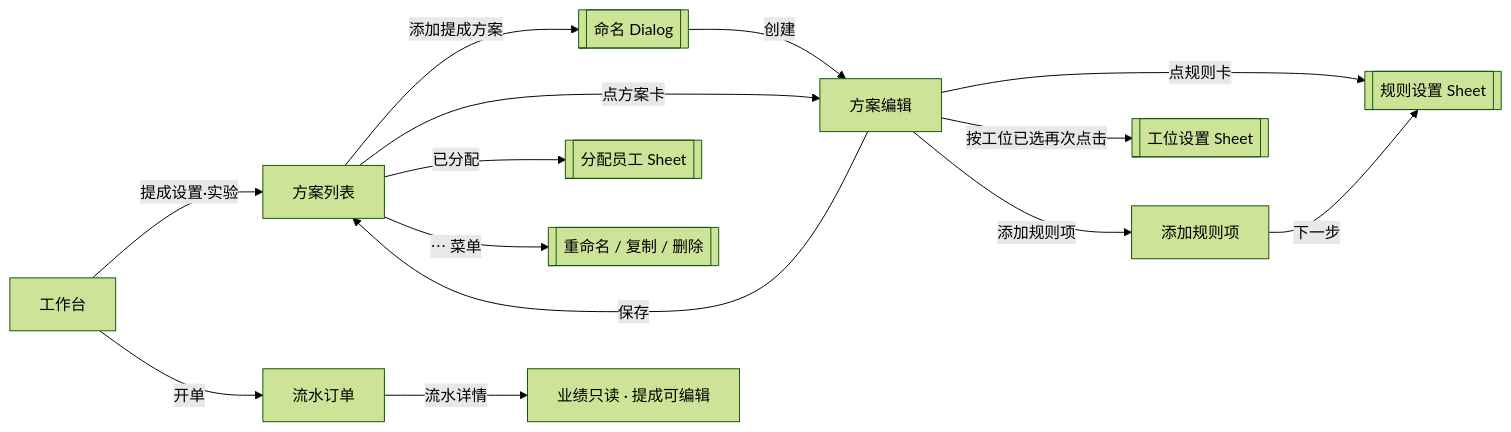
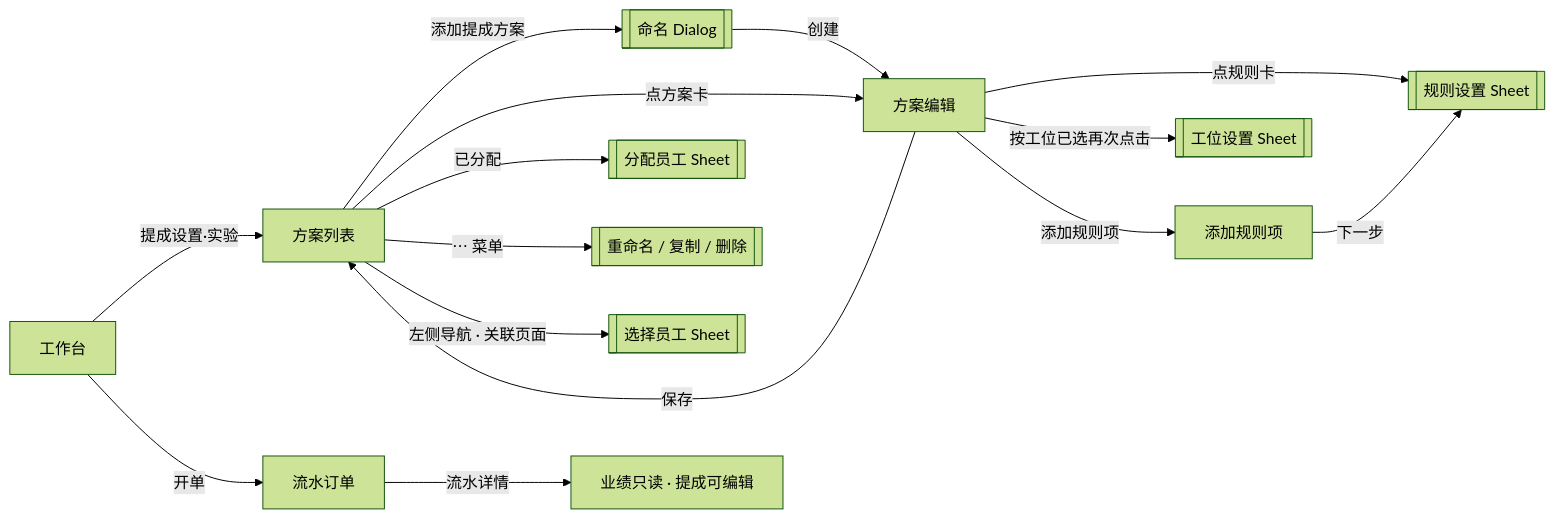
The diagram in PRD-提成设置.md (XDean-Designer/ticheng), drawn with Mermaid (forest theme) before and after one commit. The commit also changed other lines of this file and 13 other files, not shown here.

````diff
--- a/PRD-提成设置.md
+++ b/PRD-提成设置.md
@@ -176,16 +181,17 @@
 ```mermaid
 flowchart LR
   W[工作台] -->|提成设置·实验| L[方案列表]
   L -->|添加提成方案| N[[命名 Dialog]]
   N -->|创建| E[方案编辑]
   L -->|点方案卡| E
   E -->|点规则卡| S[[规则设置 Sheet]]
   E -->|按工位已选再次点击| ST[[工位设置 Sheet]]
   E -->|添加规则项| P[添加规则项]
   P -->|下一步| S
   L -->|已分配| A[[分配员工 Sheet]]
   L -->|⋯ 菜单| M[[重命名 / 复制 / 删除]]
   E -->|保存| L
+  L -->|左侧导航 · 关联页面| STF[[选择员工 Sheet]]
   W -->|开单| B[流水订单]
   B -->|流水详情| D[业绩只读 · 提成可编辑]
 ```
````
